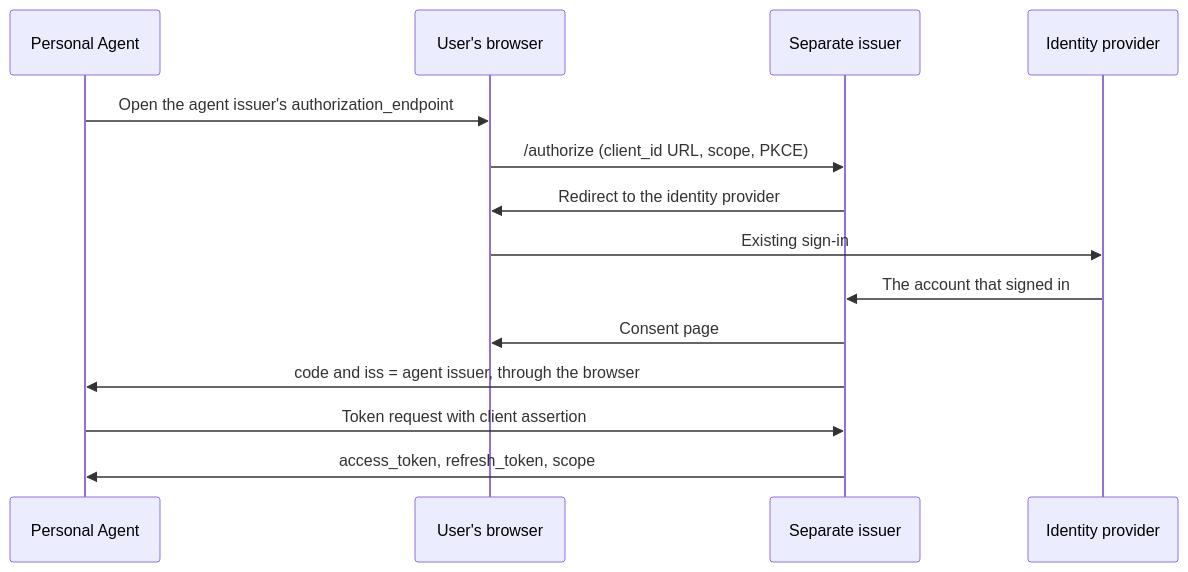
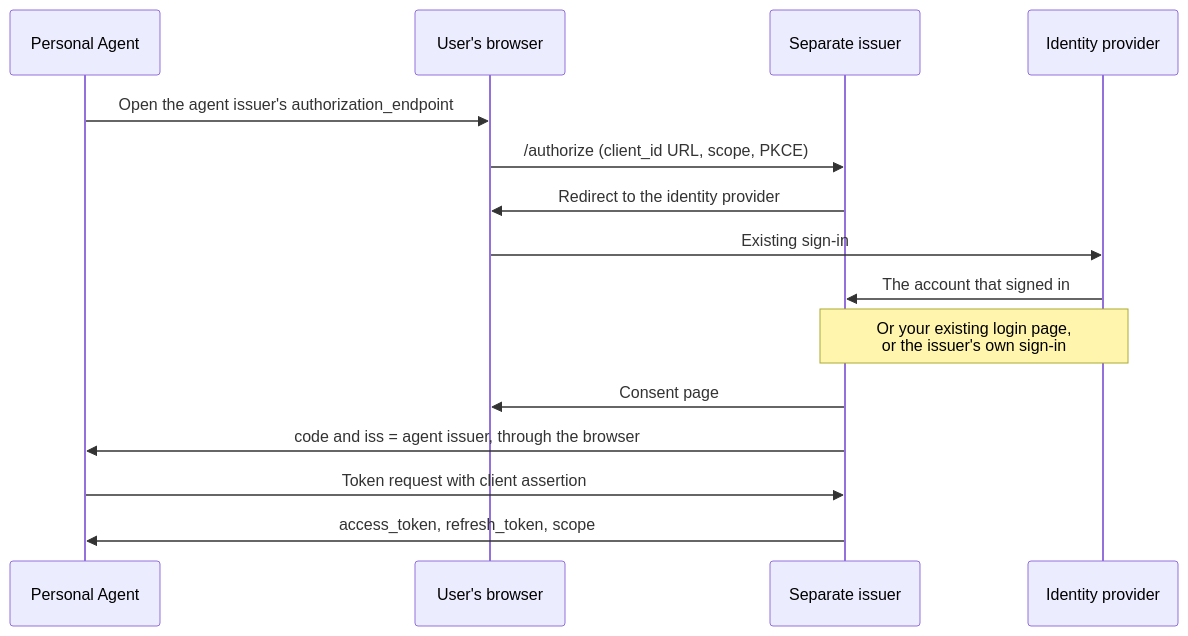
One commit to gaokevin1/personal-agent-protocol changed the fourth of 7 diagrams in kit/company/patterns/identity-provider.md. Above: the diagram before and after it, drawn with Mermaid. The commit also changed other lines of this file and 1 other file, not shown here.

Commit message:
Clarify the gateway credential, and show all three ways to sign in

````diff
--- a/kit/company/patterns/identity-provider.md
+++ b/kit/company/patterns/identity-provider.md
@@ -108,16 +109,17 @@
 ```mermaid
 sequenceDiagram
   participant PA as Personal Agent
   participant B as User's browser
   participant AS as Separate issuer
   participant IdP as Identity provider
   PA->>B: Open the agent issuer's authorization_endpoint
   B->>AS: /authorize (client_id URL, scope, PKCE)
   AS->>B: Redirect to the identity provider
   B->>IdP: Existing sign-in
   IdP->>AS: The account that signed in
+  Note over AS,IdP: Or your existing login page,<br/>or the issuer's own sign-in
   AS->>B: Consent page
   AS->>PA: code and iss = agent issuer, through the browser
   PA->>AS: Token request with client assertion
   AS->>PA: access_token, refresh_token, scope
 ```
````
